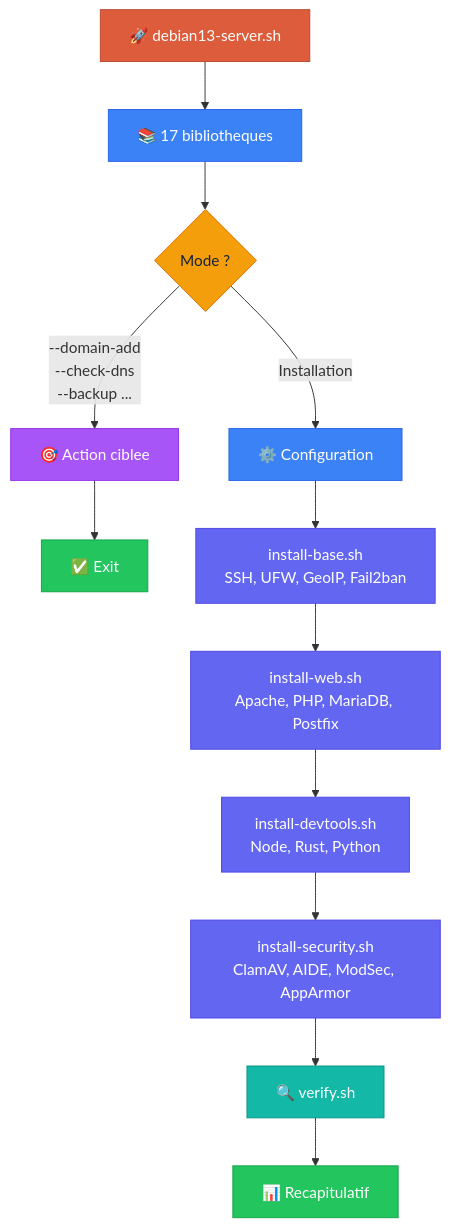
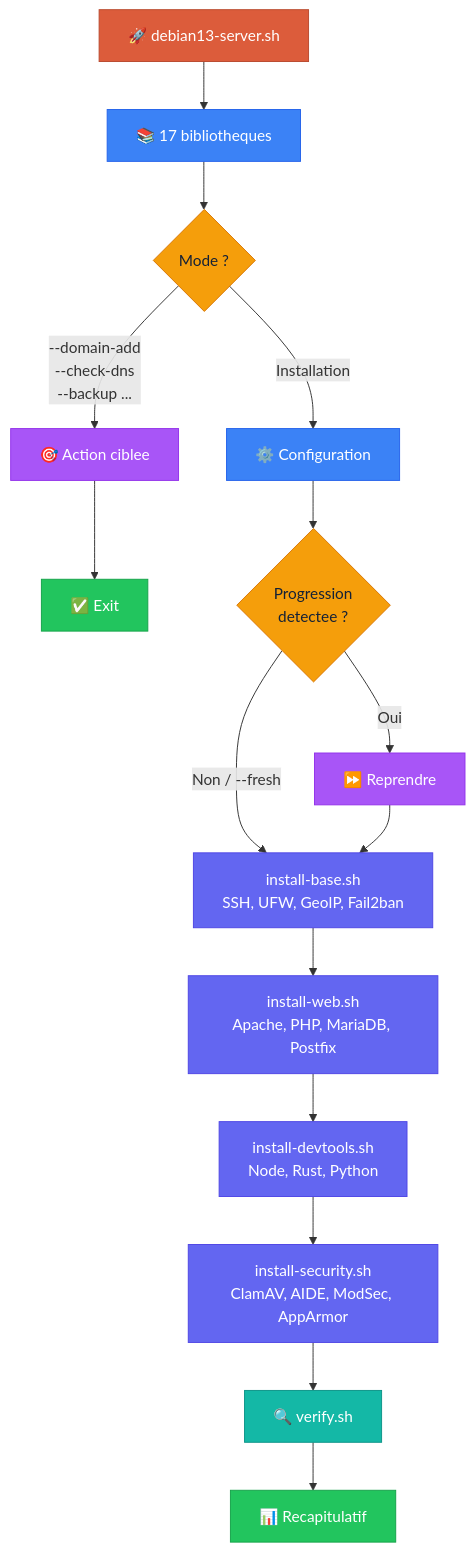
One commit to yrbane/debian13-admin changed the second of 4 diagrams in README.md. Above: the diagram before and after it, drawn with Mermaid. The commit also changed other lines of this file and 2 other files, not shown here.

````diff
--- a/README.md
+++ b/README.md
@@ -217,33 +228,38 @@
 ```mermaid
 graph TD
     A["🚀 debian13-server.sh"] --> B["📚 17 bibliotheques"]
     B --> C{"Mode ?"}
 
     C -->|"--domain-add\n--check-dns\n--backup ..."| D["🎯 Action ciblee"]
     D --> Z["✅ Exit"]
 
     C -->|"Installation"| E["⚙️ Configuration"]
-    E --> F["install-base.sh\nSSH, UFW, GeoIP, Fail2ban"]
-    F --> G["install-web.sh\nApache, PHP, MariaDB, Postfix"]
+    E --> R{"Progression\ndetectee ?"}
+    R -->|"Oui"| S["⏩ Reprendre"]
+    R -->|"Non / --fresh"| F
+    S --> F
+    F["install-base.sh\nSSH, UFW, GeoIP, Fail2ban"] --> G["install-web.sh\nApache, PHP, MariaDB, Postfix"]
     G --> H["install-devtools.sh\nNode, Rust, Python"]
     H --> I["install-security.sh\nClamAV, AIDE, ModSec, AppArmor"]
     I --> J["🔍 verify.sh"]
     J --> K["📊 Recapitulatif"]
 
     classDef entry fill:#dc5c3b,stroke:#b94a2f,color:#fff
     classDef lib fill:#3b82f6,stroke:#2563eb,color:#fff
     classDef decision fill:#f59e0b,stroke:#d97706,color:#142136
     classDef action fill:#a855f7,stroke:#9333ea,color:#fff
     classDef install fill:#6366f1,stroke:#4f46e5,color:#fff
     classDef verify fill:#14b8a6,stroke:#0d9488,color:#fff
     classDef done fill:#22c55e,stroke:#16a34a,color:#fff
 
     class A entry
     class B lib
     class C decision
     class D action
     class E lib
+    class R decision
+    class S action
     class F,G,H,I install
     class J verify
     class K,Z done
 ```
````
